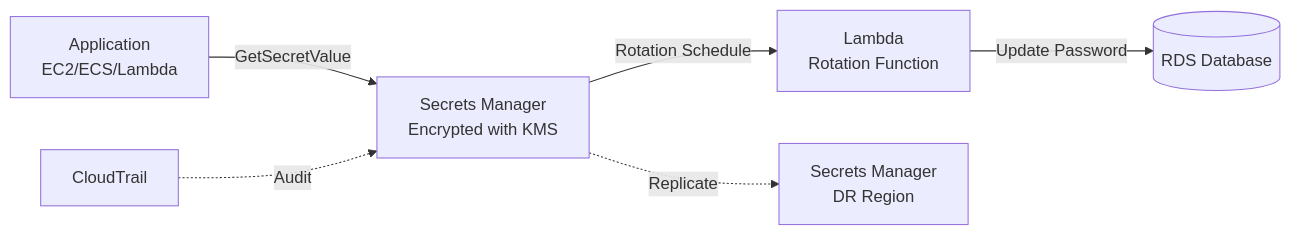
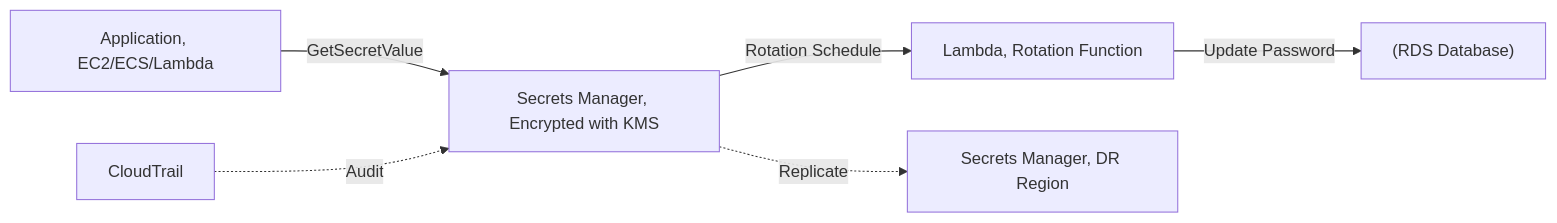
Before and after one commit to DeeptiShuklaProject/Uday_AWS: the diagram in Chapter_24_AWS_Secrets_Manager.md, drawn with Mermaid. The commit also changed 34 other files, not shown here.

Commit message:
Fix mermaid diagrams syntax across all chapters (quote labels and remove HTML)

````diff
--- a/Chapter_24_AWS_Secrets_Manager.md
+++ b/Chapter_24_AWS_Secrets_Manager.md
@@ -150,8 +150,8 @@
 ```mermaid
 flowchart LR
-    App[Application<br>EC2/ECS/Lambda] -->|GetSecretValue| SM[Secrets Manager<br>Encrypted with KMS]
-    SM -->|Rotation Schedule| Lambda[Lambda<br>Rotation Function]
-    Lambda -->|Update Password| RDS[(RDS Database)]
-    SM -.->|Replicate| SM_DR[Secrets Manager<br>DR Region]
+    App["Application, EC2/ECS/Lambda"] -->|GetSecretValue| SM["Secrets Manager, Encrypted with KMS"]
+    SM -->|Rotation Schedule| Lambda["Lambda, Rotation Function"]
+    Lambda -->|Update Password| RDS["(RDS Database)"]
+    SM -.->|Replicate| SM_DR["Secrets Manager, DR Region"]
     CT[CloudTrail] -.->|Audit| SM
 ```
````
